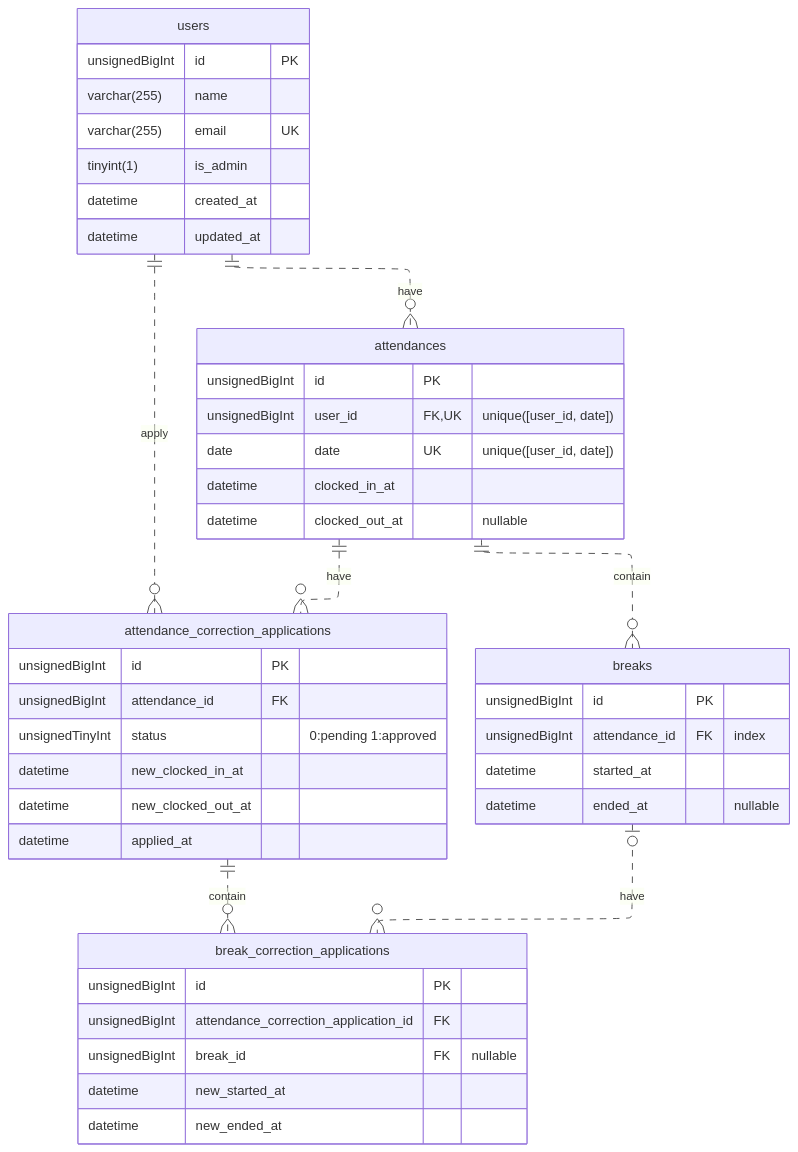
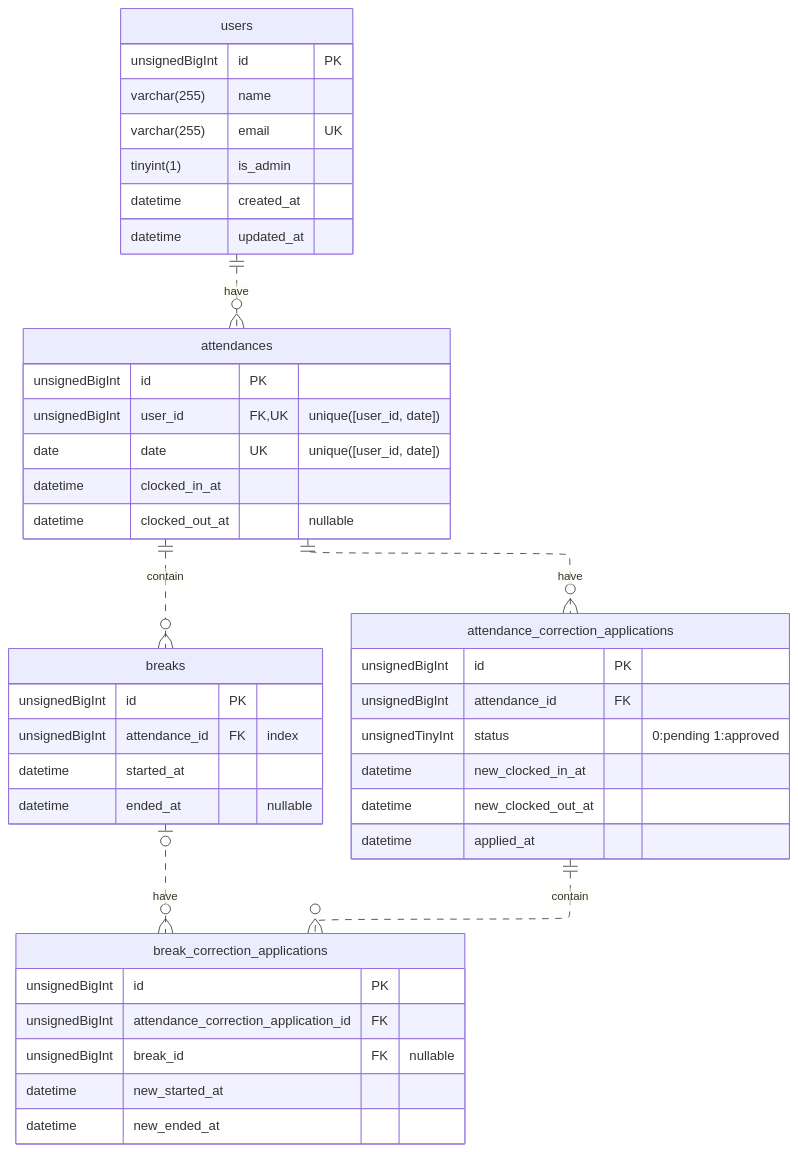
The diagram in README.md (sangwon-lee302/time-and-attendance), drawn with Mermaid before and after one commit.

Commit message:
docs: fix ER diagram (#29)
- Remove unnecessary relationship from ER diagram.

````diff
--- a/README.md
+++ b/README.md
@@ -17,54 +17,53 @@
 ```mermaid
 ---
 config:
     layout: elk
 ---
 erDiagram
     users ||..o{ attendances: "have"
-    users ||..o{ attnd-corrections: "apply"
     attendances ||..o{ breaks: "contain"
     attendances ||..o{ attnd-corrections: "have"
     attnd-corrections ||..o{ break-corrections: "contain"
     breaks |o..o{ break-corrections: "have"
 
     users {
         unsignedBigInt id PK
         varchar(255) name
         varchar(255) email UK
         tinyint(1) is_admin
         datetime created_at
         datetime updated_at
     }
 
     attendances {
         unsignedBigInt id PK
         unsignedBigInt user_id FK, UK "unique([user_id, date])"
         date date UK "unique([user_id, date])"
         datetime clocked_in_at
         datetime clocked_out_at "nullable"
     }
 
     breaks {
         unsignedBigInt id PK
         unsignedBigInt attendance_id FK "index"
         datetime started_at
         datetime ended_at "nullable"
     }
 
     attnd-corrections["attendance_correction_applications"] {
         unsignedBigInt id PK
         unsignedBigInt attendance_id FK
         unsignedTinyInt status "0:pending 1:approved"
         datetime new_clocked_in_at
         datetime new_clocked_out_at
         datetime applied_at
     }
 
     break-corrections["break_correction_applications"] {
         unsignedBigInt id PK
         unsignedBigInt attendance_correction_application_id FK
         unsignedBigInt break_id FK "nullable"
         datetime new_started_at
         datetime new_ended_at
     }
 ```
````
